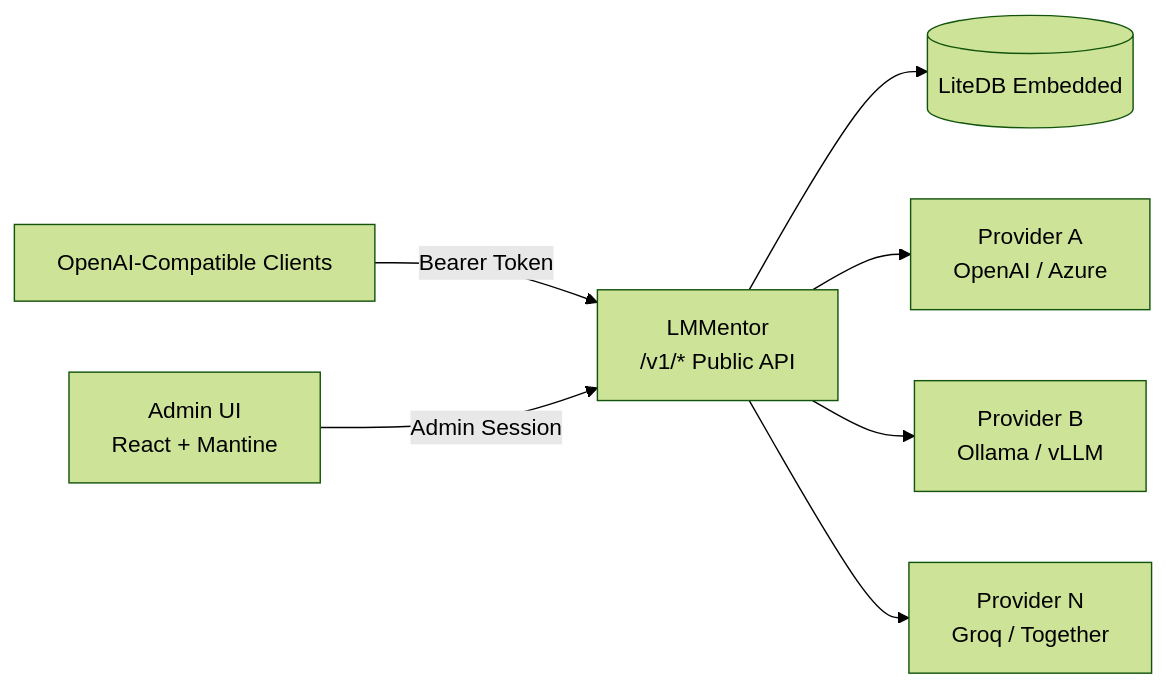
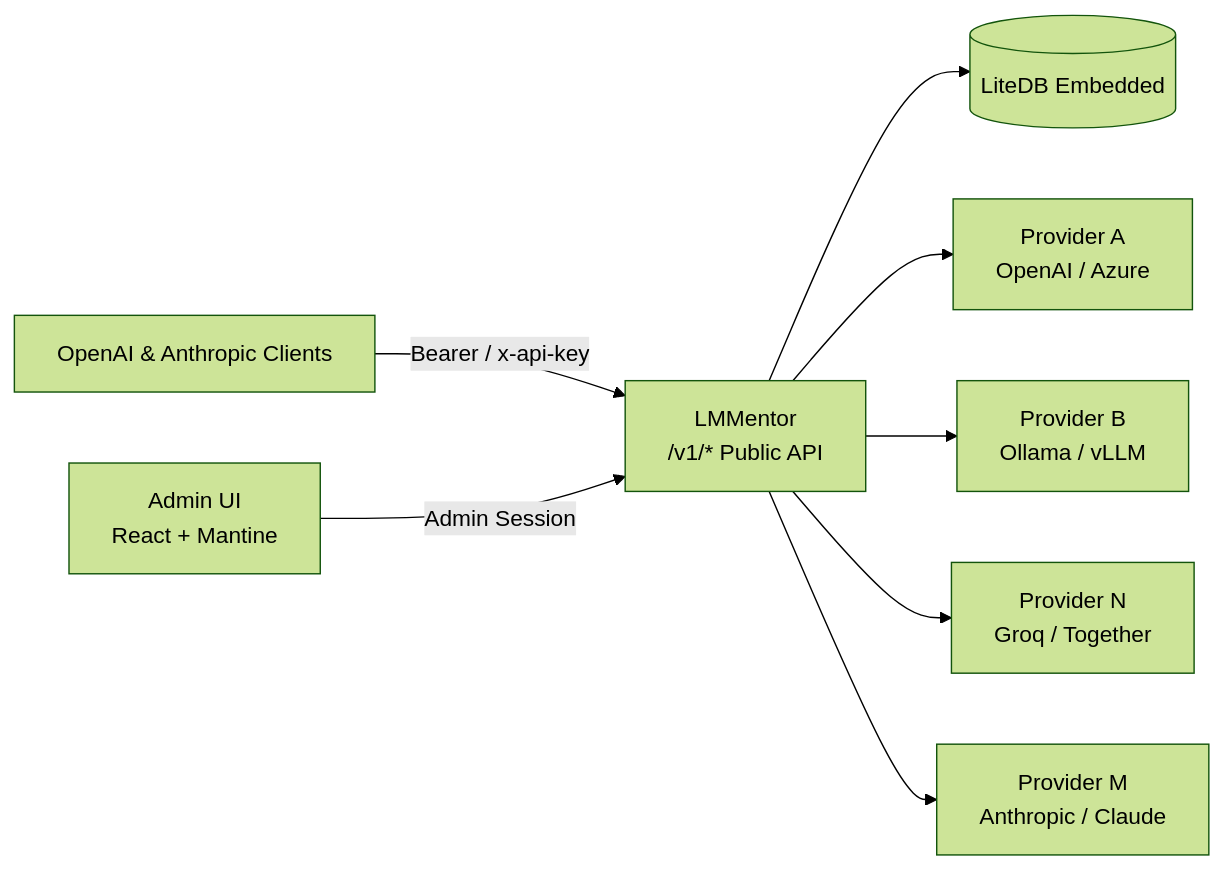
Before and after one commit to icavalheiro/lmmentor: the diagram in README.md, drawn with Mermaid (forest theme). The commit also changed other lines of this file and 19 other files, not shown here.

````diff
--- a/README.md
+++ b/README.md
@@ -50,9 +50,10 @@
 ```mermaid
 flowchart LR
-    C[OpenAI-Compatible Clients] -->|Bearer Token| GW[LMMentor<br/>/v1/* Public API]
+    C[OpenAI & Anthropic Clients] -->|Bearer / x-api-key| GW[LMMentor<br/>/v1/* Public API]
     UI[Admin UI<br/>React + Mantine] -->|Admin Session| GW
     GW --> DB[(LiteDB Embedded)]
     GW --> P1[Provider A<br/>OpenAI / Azure]
     GW --> P2[Provider B<br/>Ollama / vLLM]
     GW --> P3[Provider N<br/>Groq / Together]
+    GW --> P4[Provider M<br/>Anthropic / Claude]
 ```
````
